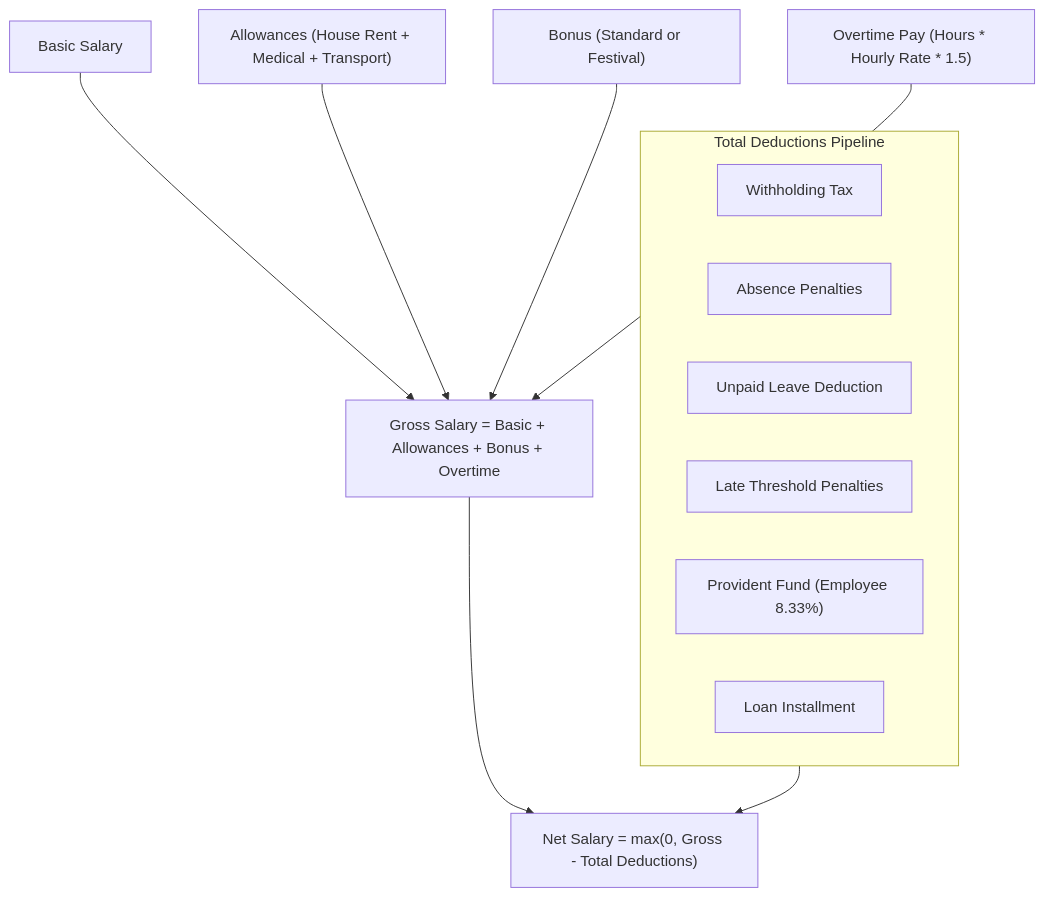
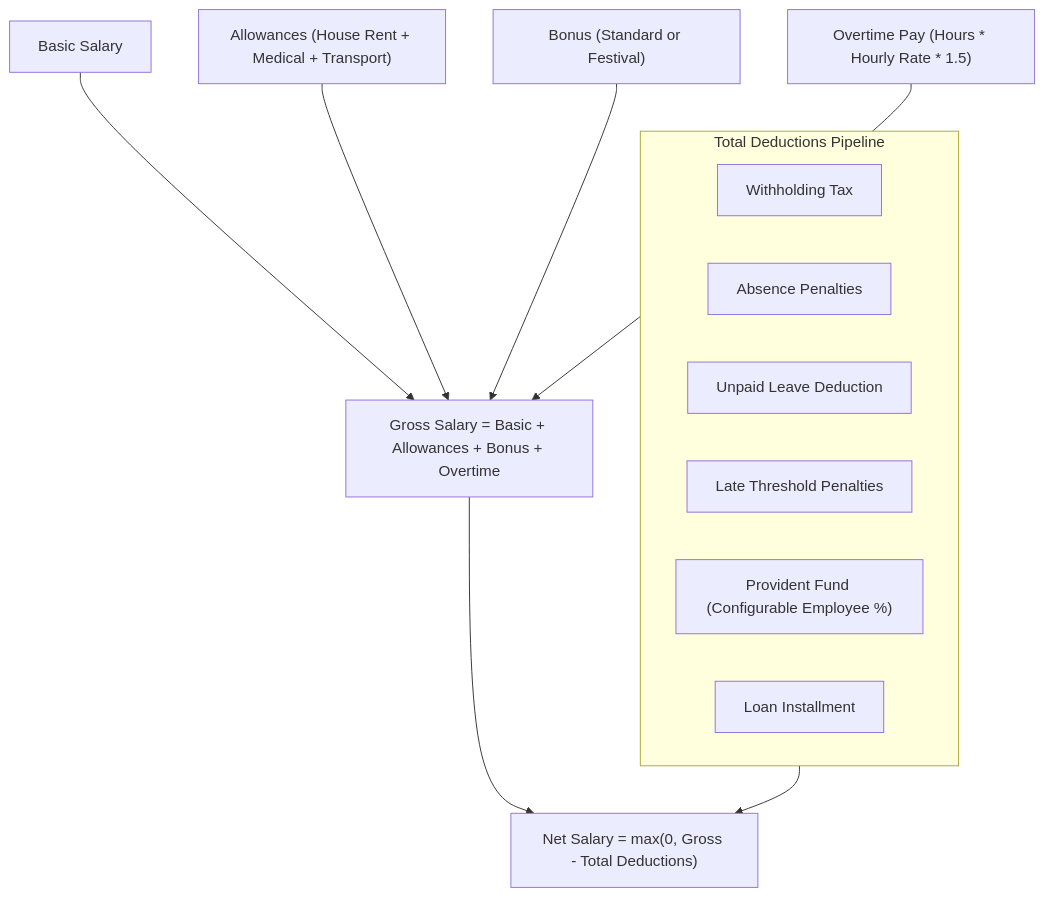
The fifth of 5 diagrams in PRESENTATION_EN.md (eftyqhar/FlowPay), drawn with Mermaid before and after one commit. The commit also changed other lines of this file and 12 other files, not shown here.

````diff
--- a/PRESENTATION_EN.md
+++ b/PRESENTATION_EN.md
@@ -219,26 +220,26 @@
 ```mermaid
 flowchart TD
     Basic["Basic Salary"]
     Allowances["Allowances (House Rent + Medical + Transport)"]
     Bonus["Bonus (Standard or Festival)"]
     Overtime["Overtime Pay (Hours * Hourly Rate * 1.5)"]
 
     Gross["Gross Salary = Basic + Allowances + Bonus + Overtime"]
 
     Basic --> Gross
     Allowances --> Gross
     Bonus --> Gross
     Overtime --> Gross
 
     subgraph Deductions ["Total Deductions Pipeline"]
         Tax["Withholding Tax"]
         AbsenceDed["Absence Penalties"]
         UnpaidDed["Unpaid Leave Deduction"]
         LateDed["Late Threshold Penalties"]
-        PF["Provident Fund (Employee 8.33%)"]
+        PF["Provident Fund (Configurable Employee %)"]
         Loan["Loan Installment"]
     end
 
     Gross --> Net["Net Salary = max(0, Gross - Total Deductions)"]
     Deductions --> Net
 ```
````
